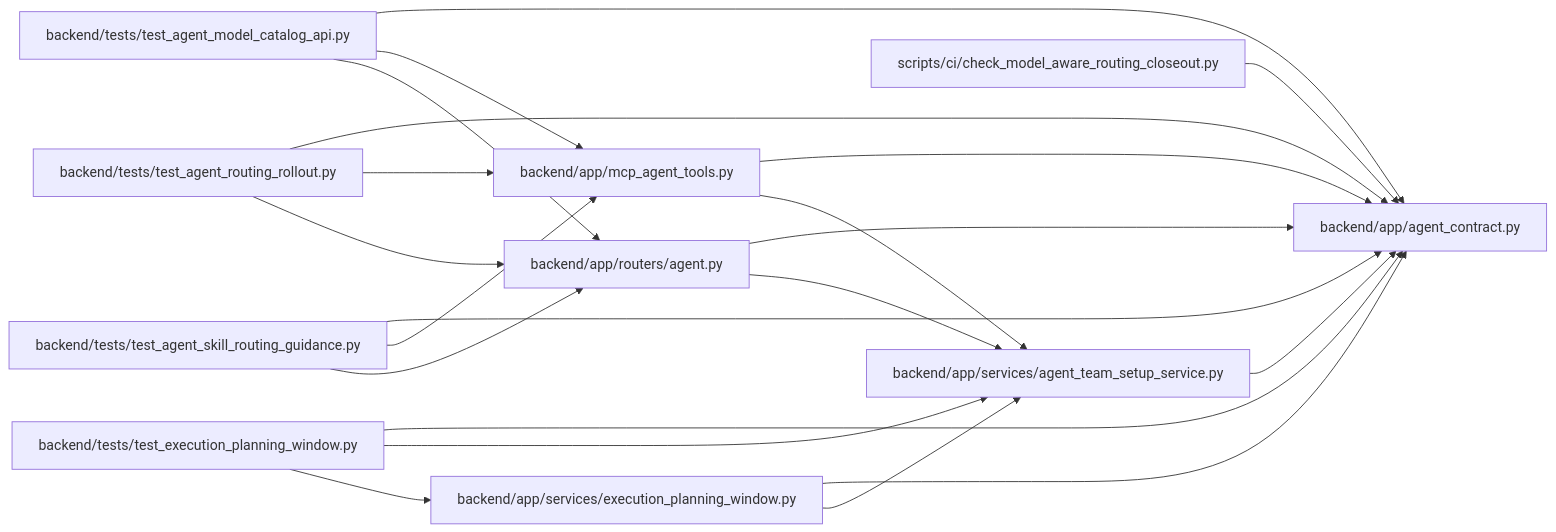
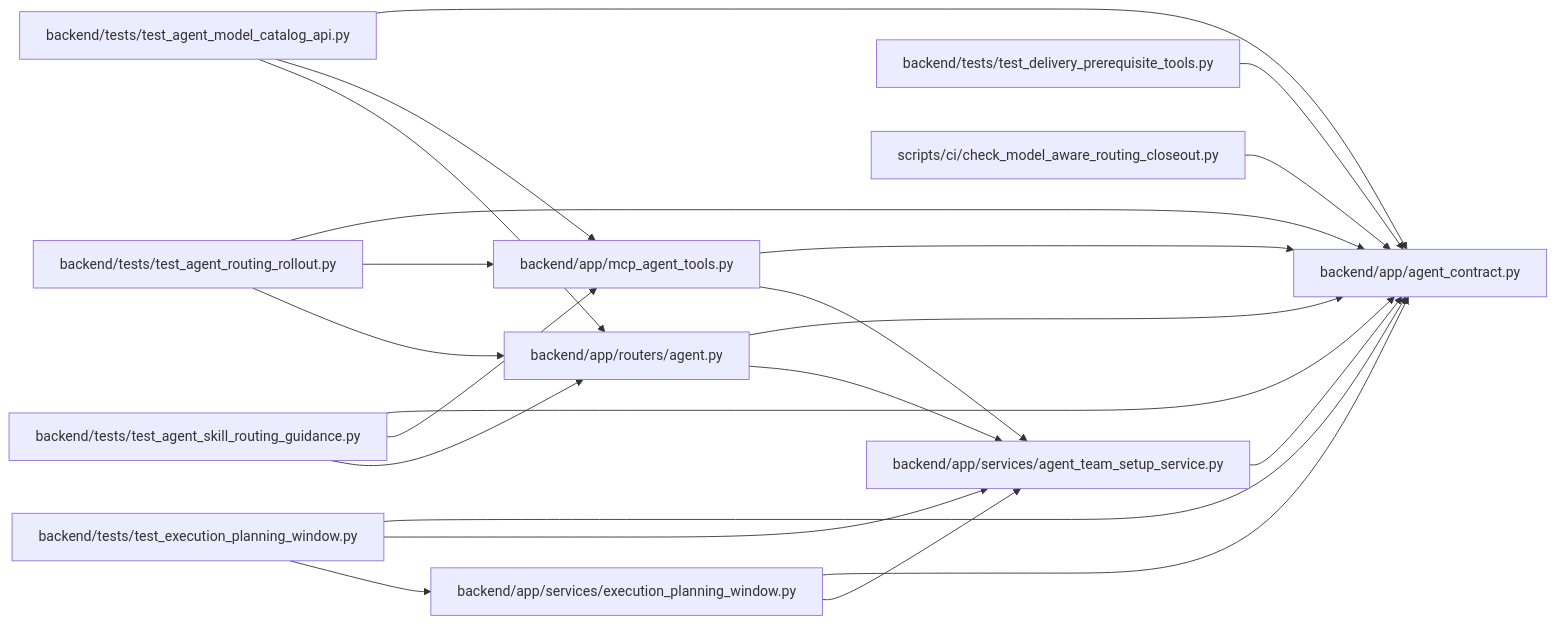
One commit to Denissvgn/WorkChord changed the diagram in docs/llm_wiki/modules/agent_contract.md. Above: the diagram before and after it, drawn with Mermaid. The commit also changed other lines of this file and 1420 other files, not shown here.

First line of the commit message:
Refresh the architectural wiki for the 1.10.0 changes

````diff
--- a/docs/llm_wiki/modules/agent_contract.md
+++ b/docs/llm_wiki/modules/agent_contract.md
@@ -20,43 +20,46 @@
 ```mermaid
 flowchart LR
     n0["backend/app/agent_contract.py"]
     n1["backend/app/mcp_agent_tools.py"]
     n2["backend/app/routers/agent.py"]
     n3["backend/app/services/agent_team_setup_service.py"]
     n4["backend/app/services/execution_planning_window.py"]
     n5["backend/tests/test_agent_model_catalog_api.py"]
     n6["backend/tests/test_agent_routing_rollout.py"]
     n7["backend/tests/test_agent_skill_routing_guidance.py"]
-    n8["backend/tests/test_execution_planning_window.py"]
-    n9["scripts/ci/check_model_aware_routing_closeout.py"]
+    n8["backend/tests/test_delivery_prerequisite_tools.py"]
+    n9["backend/tests/test_execution_planning_window.py"]
+    n10["scripts/ci/check_model_aware_routing_closeout.py"]
     n1 --> n0
     n1 --> n3
     n2 --> n0
     n2 --> n3
     n3 --> n0
     n4 --> n0
     n4 --> n3
     n5 --> n0
     n5 --> n1
     n5 --> n2
     n6 --> n0
     n6 --> n1
     n6 --> n2
     n7 --> n0
     n7 --> n1
     n7 --> n2
     n8 --> n0
-    n8 --> n3
-    n8 --> n4
     n9 --> n0
+    n9 --> n3
+    n9 --> n4
+    n10 --> n0
     click n0 "../modules/agent_contract.md"
     click n1 "../modules/mcp_agent_tools.md"
     click n2 "../modules/routers_agent.md"
     click n3 "../modules/agent_team_setup_service.md"
     click n4 "../modules/execution_planning_window.md"
     click n5 "../modules/test_agent_model_catalog_api.md"
     click n6 "../modules/test_agent_routing_rollout.md"
     click n7 "../modules/test_agent_skill_routing_guidance.md"
-    click n8 "../modules/test_execution_planning_window.md"
-    click n9 "../modules/check_model_aware_routing_closeout.md"
+    click n8 "../modules/test_delivery_prerequisite_tools.md"
+    click n9 "../modules/test_execution_planning_window.md"
+    click n10 "../modules/check_model_aware_routing_closeout.md"
 ```
````
